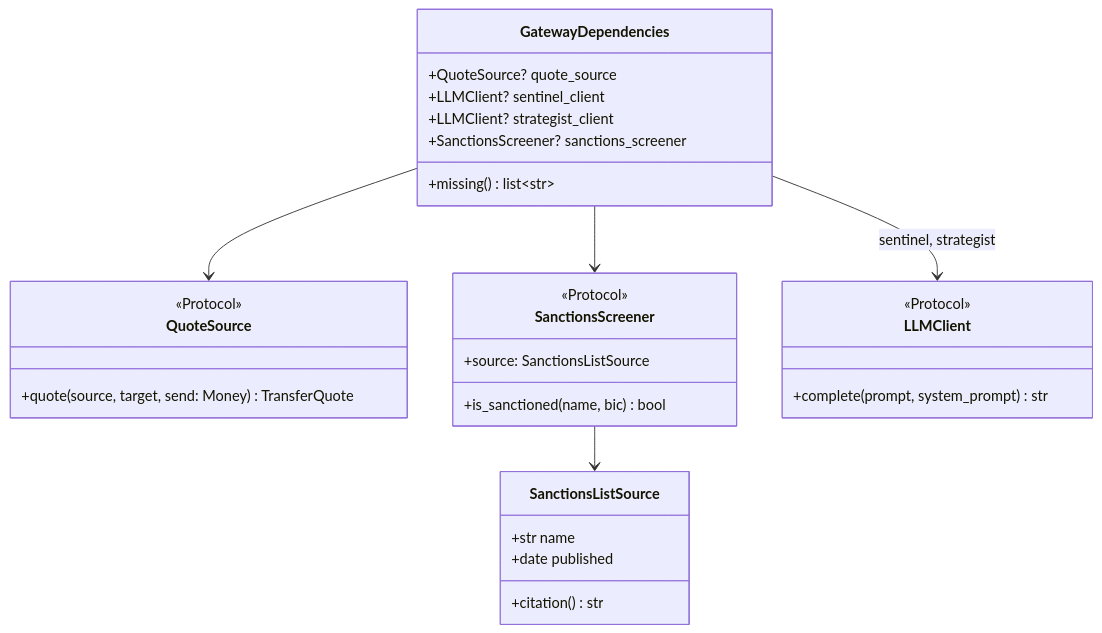
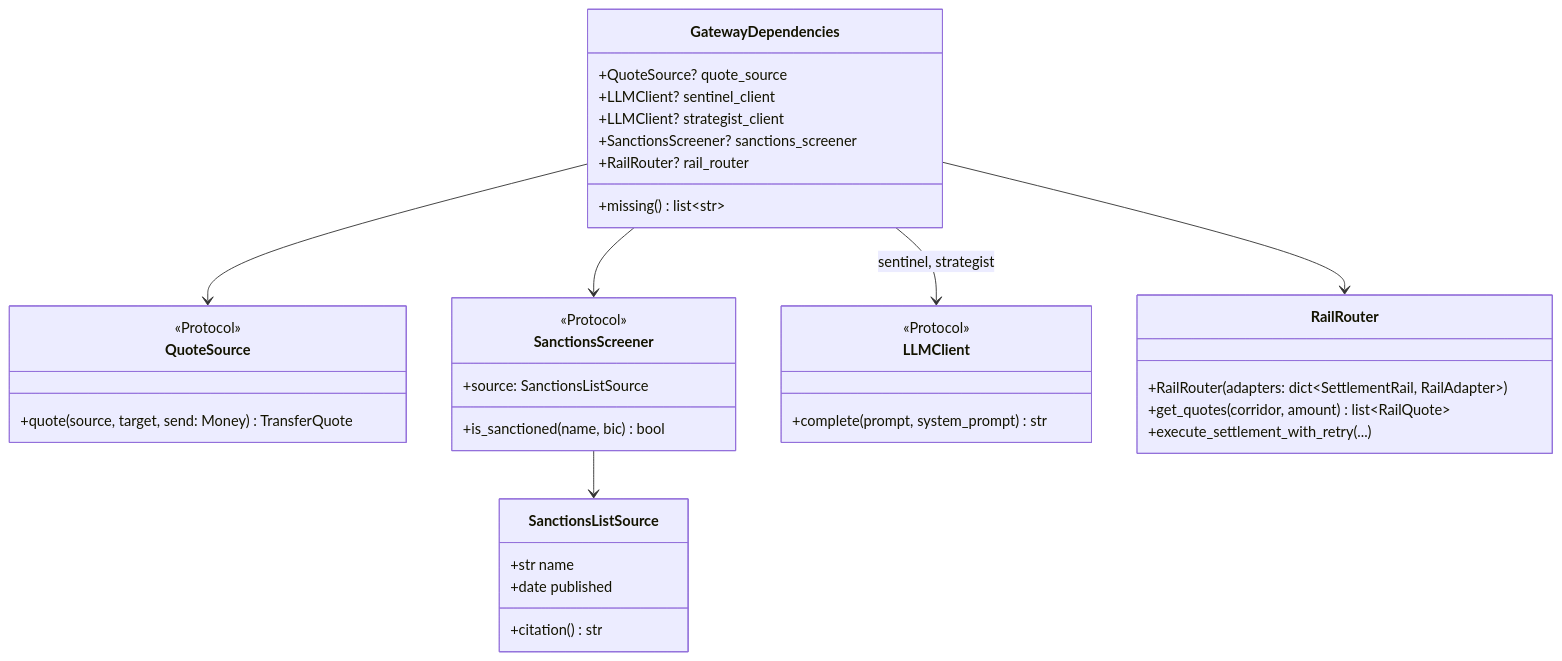
One commit to Katlego-tech/UbuntuRemit changed the first of 2 diagrams in docs/design/gateway.md. Above: the diagram before and after it, drawn with Mermaid. The commit also changed other lines of this file and 17 other files, not shown here.

First line of the commit message:
fix(rails): T052 T054 quarantine the rail simulators; no adapter ships until a real one exists

````diff
--- a/docs/design/gateway.md
+++ b/docs/design/gateway.md
@@ -28,32 +28,39 @@
 ```mermaid
 classDiagram
     class GatewayDependencies {
         +QuoteSource? quote_source
         +LLMClient? sentinel_client
         +LLMClient? strategist_client
         +SanctionsScreener? sanctions_screener
+        +RailRouter? rail_router
         +missing() list~str~
     }
     class QuoteSource {
         <<Protocol>>
         +quote(source, target, send: Money) TransferQuote
     }
     class SanctionsScreener {
         <<Protocol>>
         +source: SanctionsListSource
         +is_sanctioned(name, bic) bool
     }
     class SanctionsListSource {
         +str name
         +date published
         +citation() str
     }
     class LLMClient {
         <<Protocol>>
         +complete(prompt, system_prompt) str
     }
     GatewayDependencies --> QuoteSource
     GatewayDependencies --> SanctionsScreener
     GatewayDependencies --> LLMClient : sentinel, strategist
+    GatewayDependencies --> RailRouter
+    class RailRouter {
+        +RailRouter(adapters: dict~SettlementRail, RailAdapter~)
+        +get_quotes(corridor, amount) list~RailQuote~
+        +execute_settlement_with_retry(...)
+    }
     SanctionsScreener --> SanctionsListSource
 ```
````
